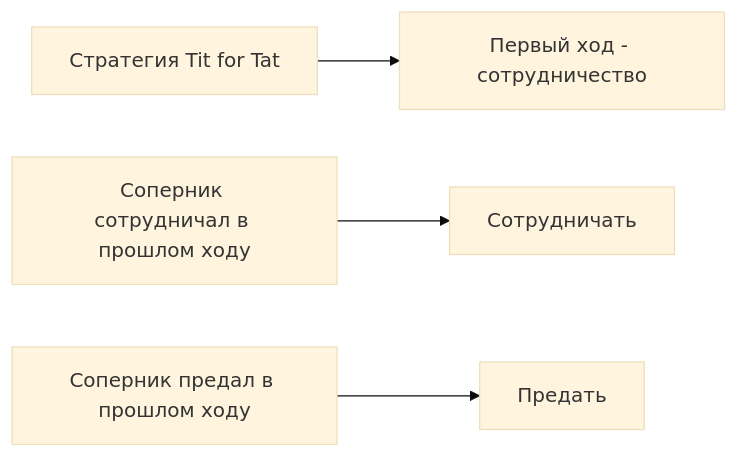
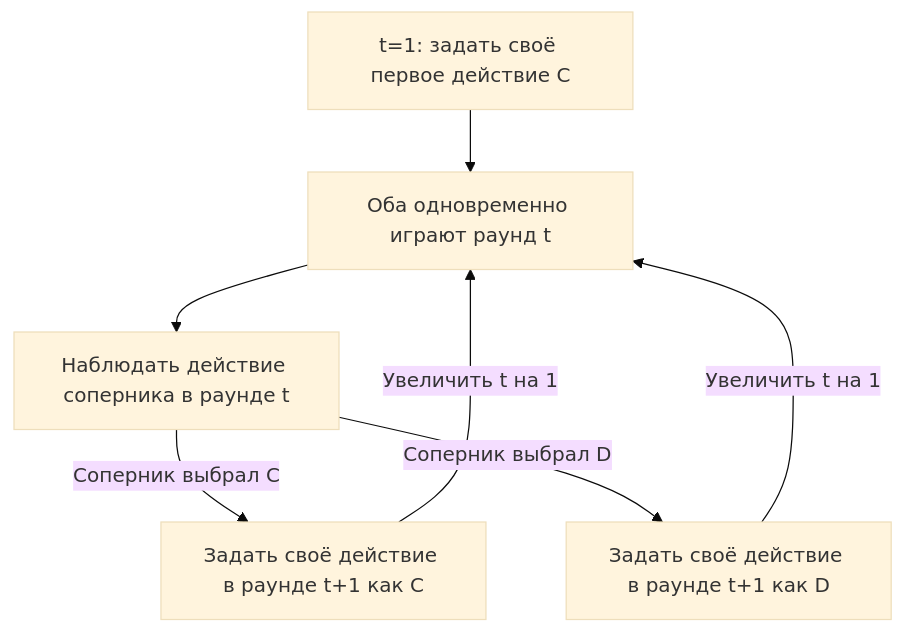
The second of 2 diagrams in content/post/paradox-prisoners-dilemma/index.ru.md (kenjinote/blog), drawn with Mermaid (base theme) before and after one commit. The commit also changed other lines of this file and 9 other files, not shown here.

````diff
--- a/content/post/paradox-prisoners-dilemma/index.ru.md
+++ b/content/post/paradox-prisoners-dilemma/index.ru.md
@@ -106,12 +95,9 @@
 ```mermaid
-graph LR
-    A["Стратегия Tit for Tat"]
-    B["Первый ход - сотрудничество"]
-    C["Соперник сотрудничал в прошлом ходу"]
-    D["Соперник предал в прошлом ходу"]
-    E["Сотрудничать"]
-    F["Предать"]
-    A --> B
-    C --> E
-    D --> F
+graph TD
+    Start["t=1: задать своё первое действие C"] --> Play["Оба одновременно играют раунд t"]
+    Play --> Observe["Наблюдать действие соперника в раунде t"]
+    Observe -->|"Соперник выбрал C"| NextC["Задать своё действие в раунде t+1 как C"]
+    Observe -->|"Соперник выбрал D"| NextD["Задать своё действие в раунде t+1 как D"]
+    NextC -->|"Увеличить t на 1"| Play
+    NextD -->|"Увеличить t на 1"| Play
 ```
````
